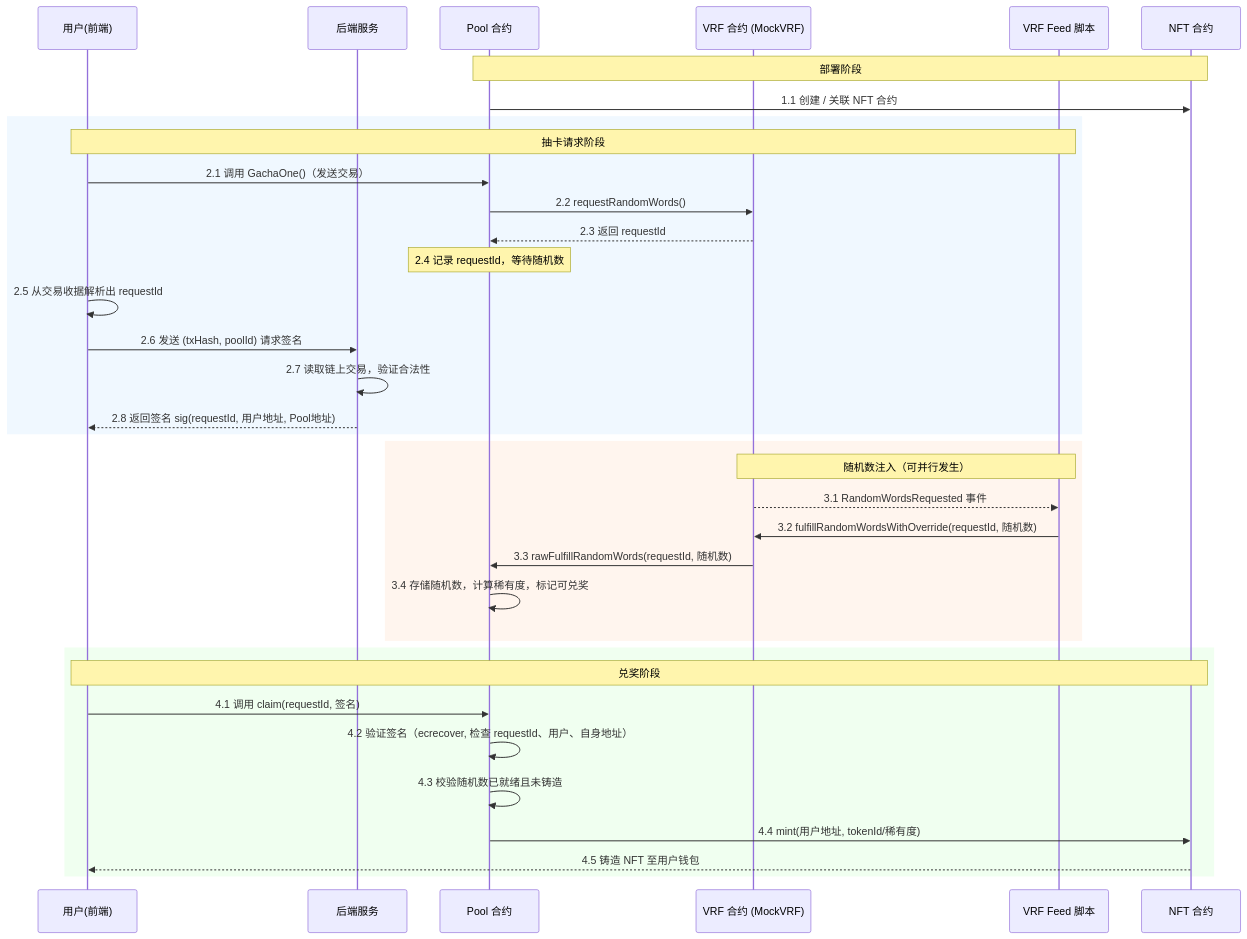
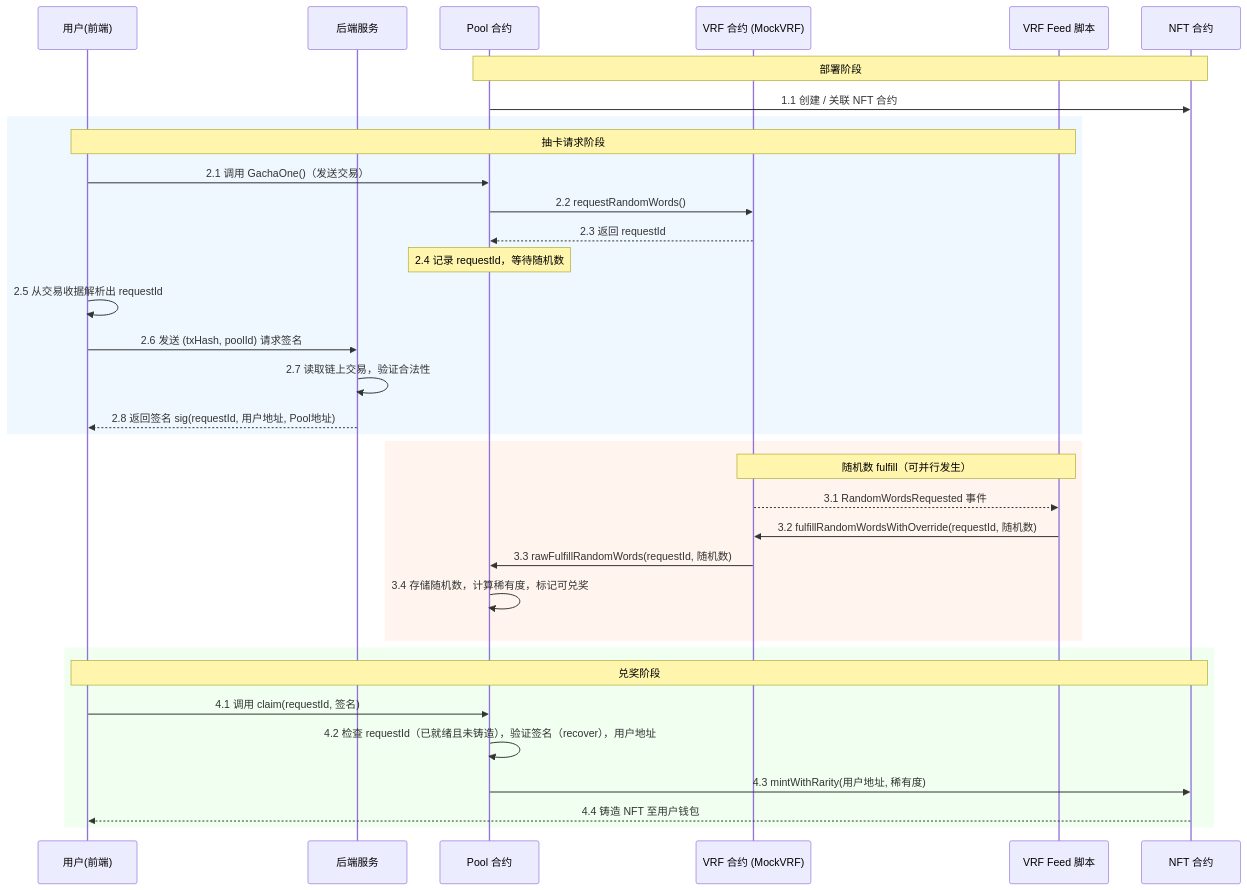
Before and after one commit to browngres/gacha-dapp-monorepo: the second of 2 diagrams in flowchart.md, drawn with Mermaid. The commit also changed 1 other file, not shown here.

Commit message:
docs: 完善流程图最后一步，nft 铸造。

````diff
--- a/flowchart.md
+++ b/flowchart.md
@@ -36,41 +36,40 @@
 ```mermaid
 sequenceDiagram
     participant U as 用户(前端)
     participant B as 后端服务
     participant P as Pool 合约
     participant V as VRF 合约 (MockVRF)
     participant F as VRF Feed 脚本
     participant N as NFT 合约
 
     Note over P,N: 部署阶段
     P->>N: 1.1 创建 / 关联 NFT 合约
 
     rect rgb(240, 248, 255)
         Note over U,F: 抽卡请求阶段
         U->>P: 2.1 调用 GachaOne()（发送交易）
         P->>V: 2.2 requestRandomWords()
         V-->>P: 2.3 返回 requestId
         Note over P: 2.4 记录 requestId，等待随机数
         U->>U: 2.5 从交易收据解析出 requestId
         U->>B: 2.6 发送 (txHash, poolId) 请求签名
         B->>B: 2.7 读取链上交易，验证合法性
         B-->>U: 2.8 返回签名 sig(requestId, 用户地址, Pool地址)
     end
 
     rect rgb(255, 245, 238)
-        Note over F,V: 随机数注入（可并行发生）
+        Note over F,V: 随机数 fulfill（可并行发生）
         V-->>F: 3.1 RandomWordsRequested 事件
         F->>V: 3.2 fulfillRandomWordsWithOverride(requestId, 随机数)
         V->>P: 3.3 rawFulfillRandomWords(requestId, 随机数)
         P->>P: 3.4 存储随机数，计算稀有度，标记可兑奖
     end
 
     rect rgb(240, 255, 240)
         Note over U,N: 兑奖阶段
         U->>P: 4.1 调用 claim(requestId, 签名)
-        P->>P: 4.2 验证签名（ecrecover, 检查 requestId、用户、自身地址）
-        P->>P: 4.3 校验随机数已就绪且未铸造
-        P->>N: 4.4 mint(用户地址, tokenId/稀有度)
-        N-->>U: 4.5 铸造 NFT 至用户钱包
+        P->>P: 4.2 检查 requestId（已就绪且未铸造），验证签名（recover），用户地址
+        P->>N: 4.3 mintWithRarity(用户地址, 稀有度)
+        N-->>U: 4.4 铸造 NFT 至用户钱包
     end
 ```
````
